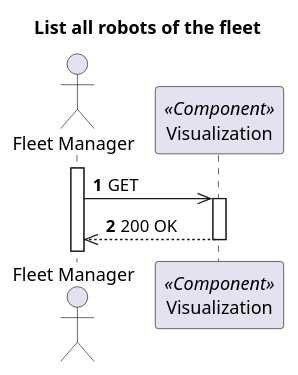
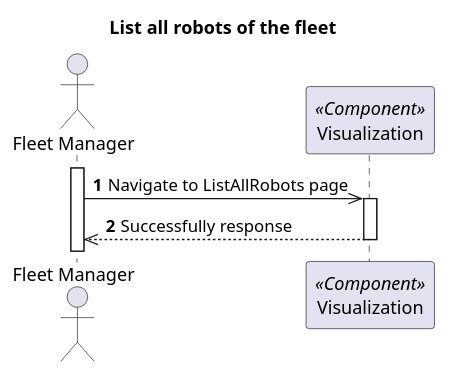
One commit to 1210910/lapr5 changed the diagram in docs/VistaProcesso/US380(1030)/Visualization/ProcessView_Level2_US380.puml. Above: the diagram before and after it, drawn with PlantUML. The commit also changed 48 other files, not shown here.

```diff
--- a/docs/VistaProcesso/US380(1030)/Visualization/ProcessView_Level2_US380.puml
+++ b/docs/VistaProcesso/US380(1030)/Visualization/ProcessView_Level2_US380.puml
@@ -1,18 +1,18 @@
 @startuml
 'https://plantuml.com/sequence-diagram
 
 autonumber
 skinparam packageStyle rect
 
 title List all robots of the fleet
 
 actor "Fleet Manager" as FM
 participant "Visualization" as MD <<Component>>
 
 activate FM
-FM->> MD : GET
+FM->> MD : Navigate to ListAllRobots page
 
 activate MD
-FM<<--- MD : 200 OK
+FM<<--- MD : Successfully response
 deactivate MD
 @enduml
```
